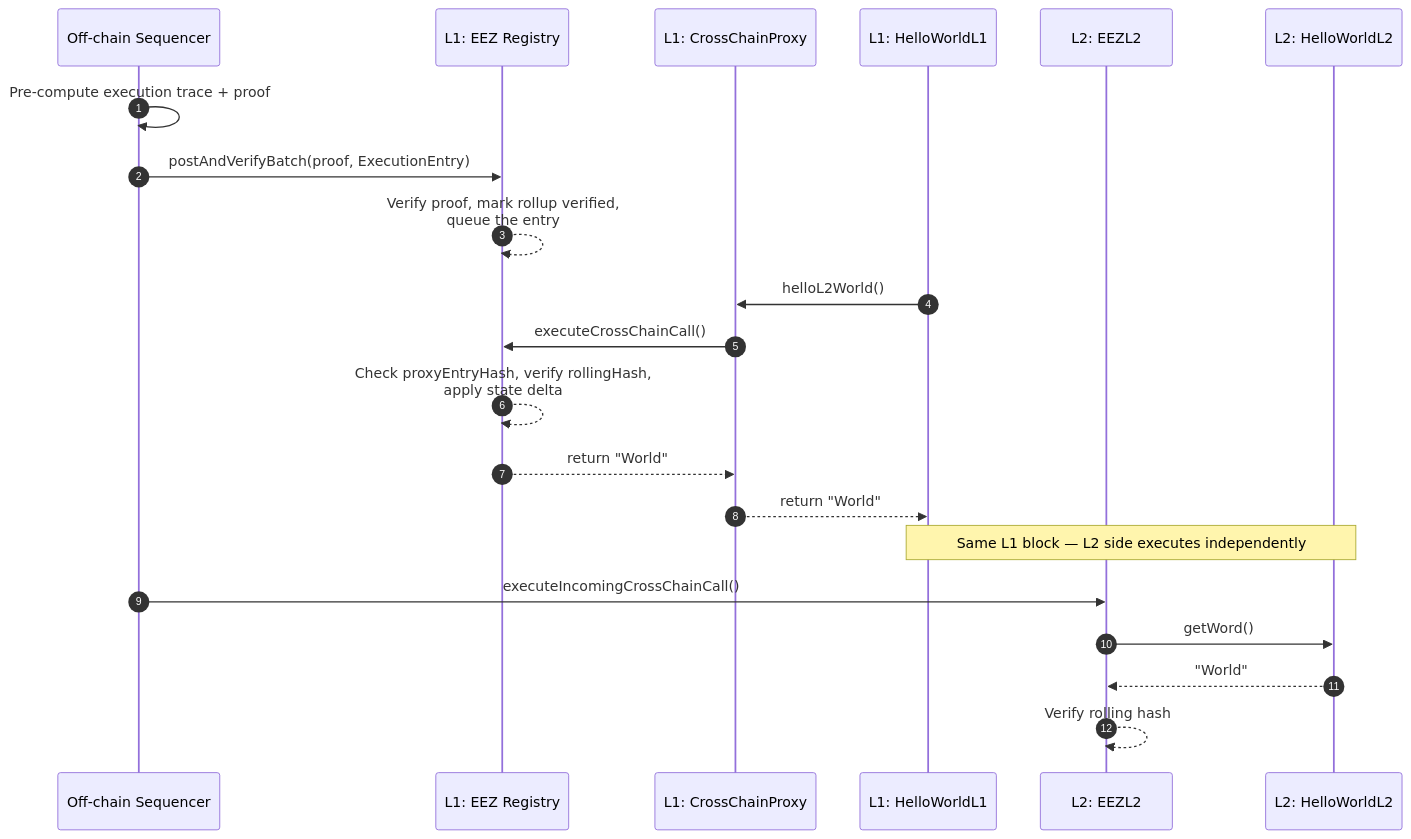
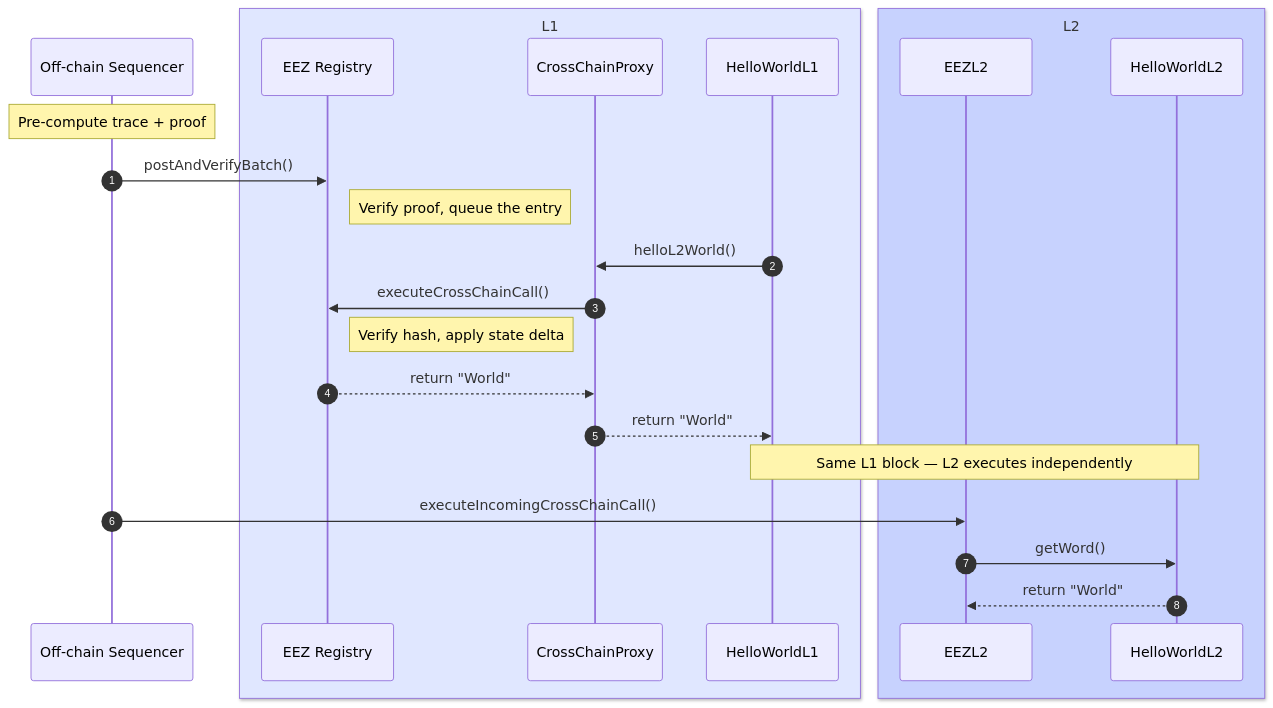
One commit to 0xarmagan/eez-docs changed the diagram in docs/_execution-flow-diagram.mdx. Above: the diagram before and after it, drawn with Mermaid. The commit also changed 2 other files, not shown here.

Commit message:
Simplify the call-flow diagram; keep it on Architecture only
Per feedback: the diagram was too dense (11 numbered steps, repeated
"L1:"/"L2:" text prefixes on every participant) and was duplicated
across introduction, quickstart, and architecture rather than living
on Architecture as originally asked.

- Grouped participants with Mermaid's `box` syntax into shaded L1/L2
  bands instead of repeating chain prefixes in every label.
- Converted internal self-loop arrows (proof verification, state
  delta application) into plain notes — these aren't cross-actor
  messages, so removing them from the numbered sequence drops the
  step count from 11 to 7 real hops without losing any information
  (the detail still lives in the adjacent numbered prose).
- Shortened remaining message labels.
- Removed the diagram from introduction.mdx and quickstart.mdx,
  replacing it with a one-line link to Architecture. It now lives
  only on the Architecture page (both the new top-of-page placement
  and the existing "Execution flow" section).

````diff
--- a/docs/_execution-flow-diagram.mdx
+++ b/docs/_execution-flow-diagram.mdx
@@ -1,24 +1,27 @@
 ```mermaid
 sequenceDiagram
     autonumber
     participant Seq as Off-chain Sequencer
-    participant EEZ as L1: EEZ Registry
-    participant Proxy as L1: CrossChainProxy
-    participant AppL1 as L1: HelloWorldL1
-    participant EEZL2 as L2: EEZL2
-    participant AppL2 as L2: HelloWorldL2
+    box rgb(224,231,255) L1
+    participant EEZ as EEZ Registry
+    participant Proxy as CrossChainProxy
+    participant AppL1 as HelloWorldL1
+    end
+    box rgb(199,210,254) L2
+    participant EEZL2 as EEZL2
+    participant AppL2 as HelloWorldL2
+    end
 
-    Seq->>Seq: Pre-compute execution trace + proof
-    Seq->>EEZ: postAndVerifyBatch(proof, ExecutionEntry)
-    EEZ-->>EEZ: Verify proof, mark rollup verified,<br/>queue the entry
+    Note over Seq: Pre-compute trace + proof
+    Seq->>EEZ: postAndVerifyBatch()
+    Note right of EEZ: Verify proof, queue the entry
     AppL1->>Proxy: helloL2World()
     Proxy->>EEZ: executeCrossChainCall()
-    EEZ-->>EEZ: Check proxyEntryHash, verify rollingHash,<br/>apply state delta
+    Note right of EEZ: Verify hash, apply state delta
     EEZ-->>Proxy: return "World"
     Proxy-->>AppL1: return "World"
-    Note over AppL1,AppL2: Same L1 block — L2 side executes independently
+    Note over AppL1,AppL2: Same L1 block — L2 executes independently
     Seq->>EEZL2: executeIncomingCrossChainCall()
     EEZL2->>AppL2: getWord()
-    AppL2-->>EEZL2: "World"
-    EEZL2-->>EEZL2: Verify rolling hash
+    AppL2-->>EEZL2: return "World"
 ```
````
